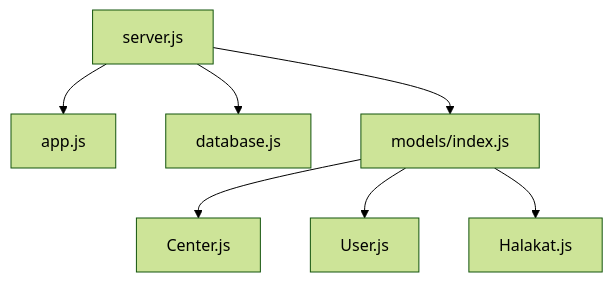
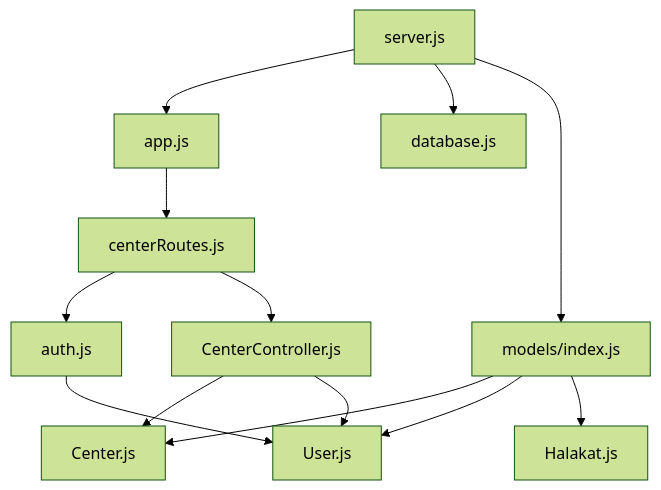
One commit to Mreng78/khirocom_project changed the seventh of 7 diagrams in .qoder/repowiki/en/content/Feature Modules/Center Administration.md. Above: the diagram before and after it, drawn with Mermaid (forest theme). The commit also changed other lines of this file and 13 other files, not shown here.

````diff
--- a/.qoder/repowiki/en/content/Feature Modules/Center Administration.md
+++ b/.qoder/repowiki/en/content/Feature Modules/Center Administration.md
@@ -289,9 +429,15 @@
 ```mermaid
 graph TB
 Server["server.js"] --> App["app.js"]
 Server --> DB["database.js"]
 Server --> Models["models/index.js"]
+App --> CenterRoutes["centerRoutes.js"]
+CenterRoutes --> Auth["auth.js"]
+CenterRoutes --> CenterController["CenterController.js"]
 Models --> Center["Center.js"]
 Models --> User["User.js"]
 Models --> Halakat["Halakat.js"]
+CenterController --> Center
+CenterController --> User
+Auth --> User
 ```
````
